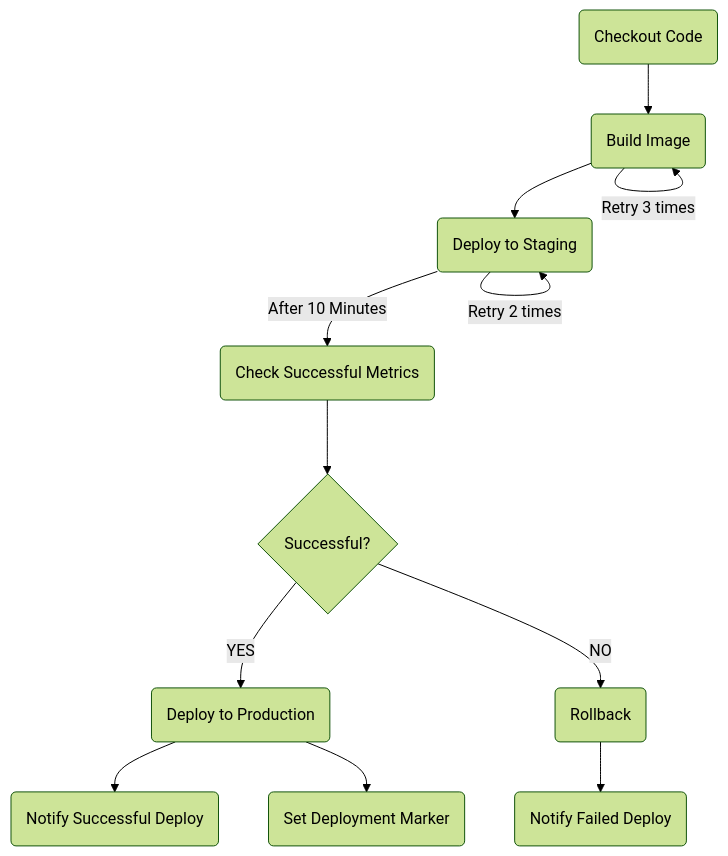
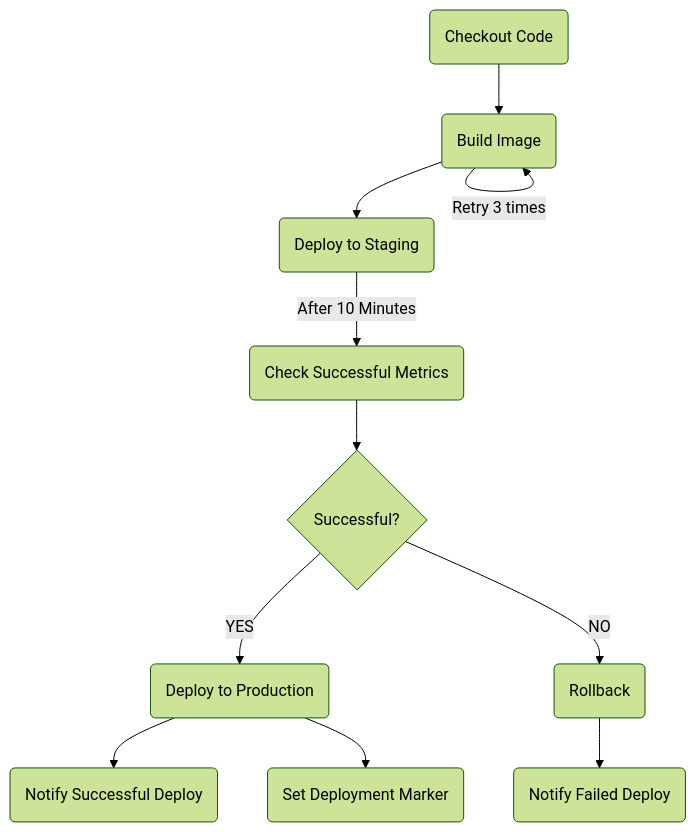
Before and after one commit to konfortes/temporal-hello: the diagram in README.md, drawn with Mermaid (forest theme). The commit also changed 5 other files, not shown here.

````diff
--- a/README.md
+++ b/README.md
@@ -5,22 +5,21 @@
 ```mermaid
 graph TD
 A(Checkout Code)
 B(Build Image)
 C(Deploy to Staging)
 D(Check Successful Metrics)
 E{Successful?}
 F(Deploy to Production)
 G(Rollback)
 H(Notify Successful Deploy)
 I(Set Deployment Marker)
 J(Notify Failed Deploy)
 
 A --> B --> C -->|After 10 Minutes| D --> E -->|YES| F
 B -->|Retry 3 times| B
-C -->|Retry 2 times| C
 E -->|NO| G
 G --> J
 F --> H
 F --> I
 
 ```
````
